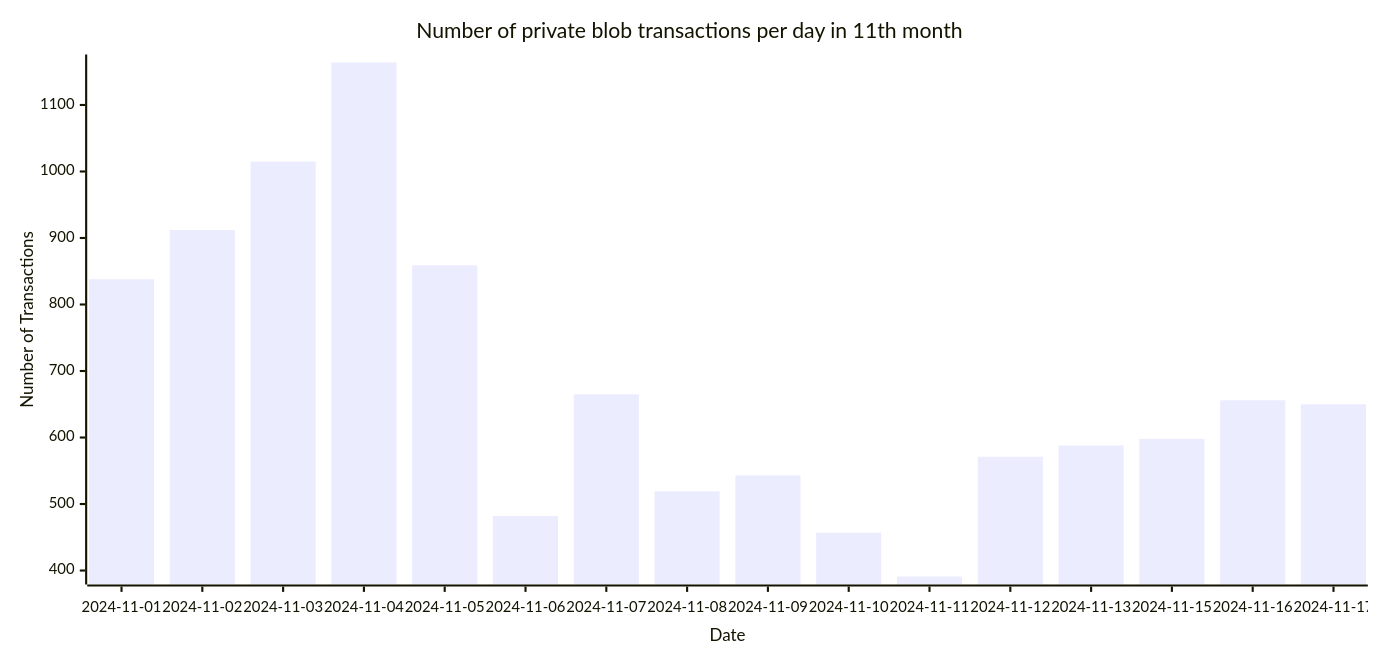
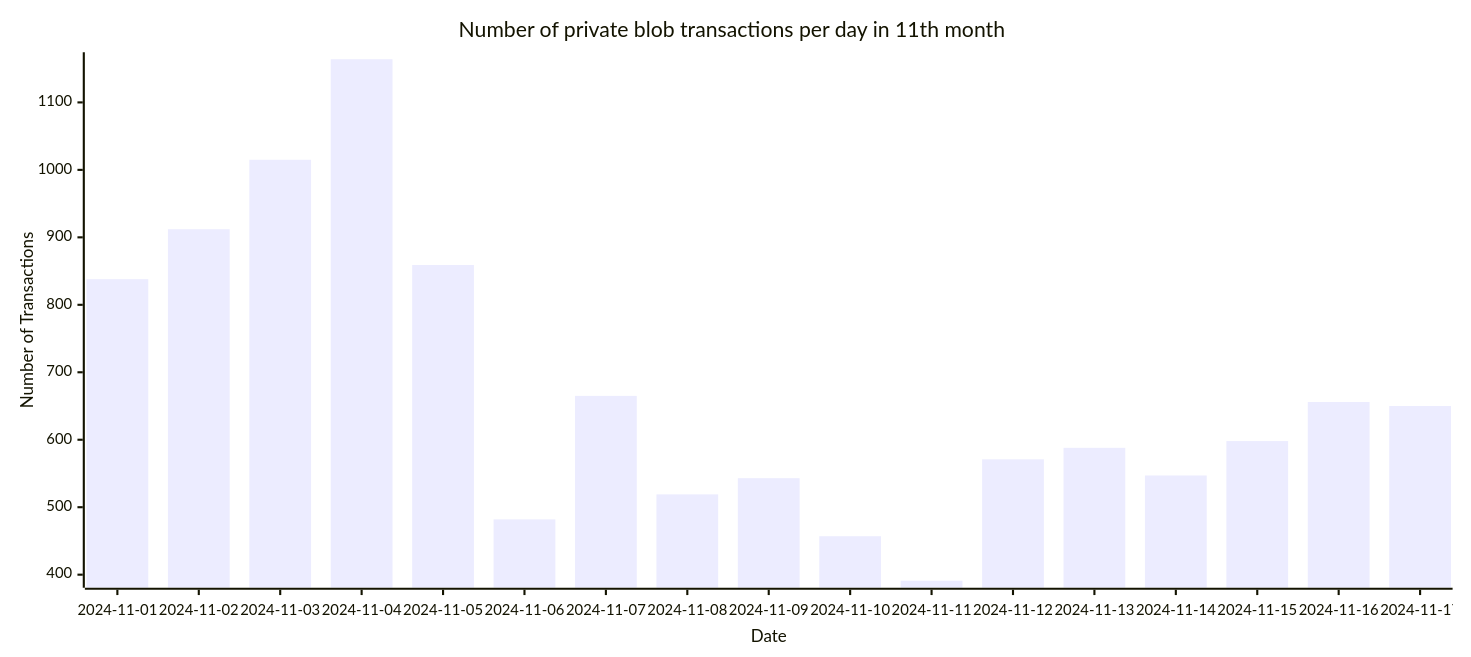
One commit to Amit0617/eip4844-data changed the ninth of 9 diagrams in README.md. Above: the diagram before and after it, drawn with Mermaid. The commit also changed 1 other file, not shown here.

````diff
--- a/README.md
+++ b/README.md
@@ -105,12 +105,12 @@
 ```mermaid
 ---
 config:
     xyChart:
-        width: 1280
+        width: 1360
         height: 600
 ---
 xychart-beta title "Number of private blob transactions per day in 11th month"
-x-axis "Date" [2024-11-01,2024-11-02,2024-11-03,2024-11-04,2024-11-05,2024-11-06,2024-11-07,2024-11-08,2024-11-09,2024-11-10,2024-11-11,2024-11-12,2024-11-13,2024-11-15,2024-11-16,2024-11-17]
+x-axis "Date" [2024-11-01,2024-11-02,2024-11-03,2024-11-04,2024-11-05,2024-11-06,2024-11-07,2024-11-08,2024-11-09,2024-11-10,2024-11-11,2024-11-12,2024-11-13,2024-11-14,2024-11-15,2024-11-16,2024-11-17]
 y-axis "Number of Transactions"
-bar[838,912,1015,1164,859,482,665,519,543,457,391,571,588,598,656,650]
+bar[838,912,1015,1164,859,482,665,519,543,457,391,571,588,547,598,656,650]
 ```
````
